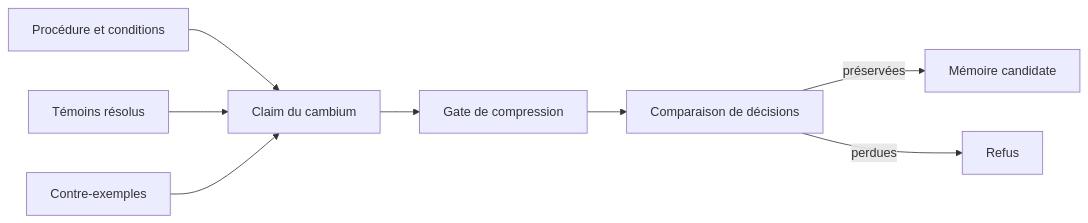
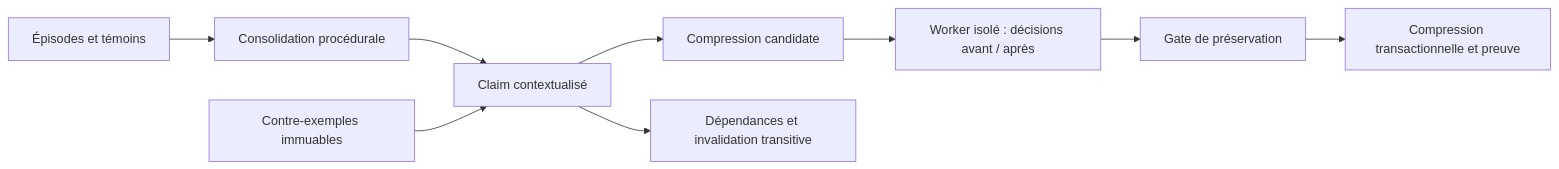
One commit to PISSARAW/GenOS changed the diagram in docs/02-orchestration/cambium-contre-exemples.md. Above: the diagram before and after it, drawn with Mermaid. The commit also changed other lines of this file and 67 other files, not shown here.

````diff
--- a/docs/02-orchestration/cambium-contre-exemples.md
+++ b/docs/02-orchestration/cambium-contre-exemples.md
@@ -49,10 +41,11 @@
 ```mermaid
 flowchart LR
-  P[Procédure et conditions] --> C[Claim du cambium]
-  W[Témoins résolus] --> C
-  X[Contre-exemples] --> C
-  C --> G[Gate de compression]
-  G --> V[Comparaison de décisions]
-  V -->|préservées| M[Mémoire candidate]
-  V -->|perdues| R[Refus]
+  E[Épisodes et témoins] --> C[Consolidation procédurale]
+  C --> M[Claim contextualisé]
+  X[Contre-exemples immuables] --> M
+  M --> P[Compression candidate]
+  P --> W[Worker isolé : décisions avant / après]
+  W --> G[Gate de préservation]
+  G --> R[Compression transactionnelle et preuve]
+  M --> D[Dépendances et invalidation transitive]
 ```
````
